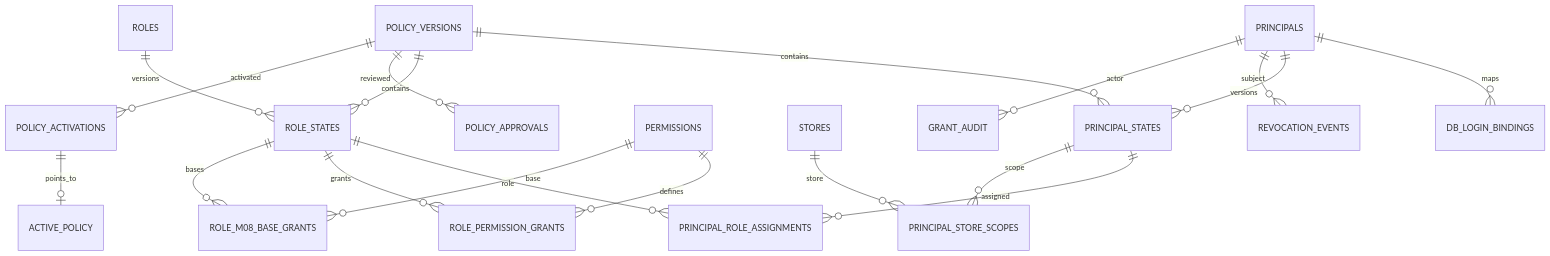
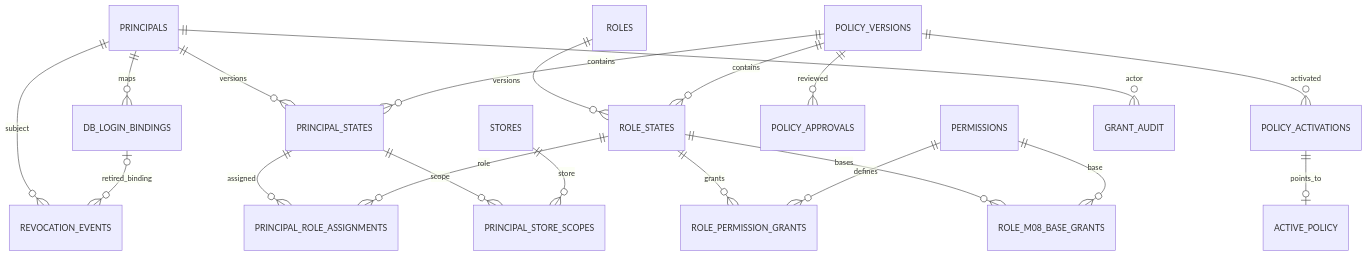
Before and after one commit to LCK0629/dify_quertPilot: the diagram in docs/phase-1/32_SECURITY_REGISTRY_DATA_MODEL_V1_1.md, drawn with Mermaid. The commit also changed other lines of this file, not shown here.

Commit message:
docs: revise registry binding retirement and targeted security contracts under SEL-04

````diff
--- a/docs/phase-1/32_SECURITY_REGISTRY_DATA_MODEL_V1_1.md
+++ b/docs/phase-1/32_SECURITY_REGISTRY_DATA_MODEL_V1_1.md
@@ -14,21 +16,22 @@
 ```mermaid
 erDiagram
  PRINCIPALS ||--o{ DB_LOGIN_BINDINGS : maps
  PRINCIPALS ||--o{ PRINCIPAL_STATES : versions
  ROLES ||--o{ ROLE_STATES : versions
  POLICY_VERSIONS ||--o{ PRINCIPAL_STATES : contains
  POLICY_VERSIONS ||--o{ ROLE_STATES : contains
  PRINCIPAL_STATES ||--o{ PRINCIPAL_ROLE_ASSIGNMENTS : assigned
  ROLE_STATES ||--o{ PRINCIPAL_ROLE_ASSIGNMENTS : role
  ROLE_STATES ||--o{ ROLE_PERMISSION_GRANTS : grants
  PERMISSIONS ||--o{ ROLE_PERMISSION_GRANTS : defines
  ROLE_STATES ||--o{ ROLE_M08_BASE_GRANTS : bases
  PERMISSIONS ||--o{ ROLE_M08_BASE_GRANTS : base
  PRINCIPAL_STATES ||--o{ PRINCIPAL_STORE_SCOPES : scope
  STORES ||--o{ PRINCIPAL_STORE_SCOPES : store
  POLICY_VERSIONS ||--o{ POLICY_APPROVALS : reviewed
  POLICY_VERSIONS ||--o{ POLICY_ACTIVATIONS : activated
  POLICY_ACTIVATIONS ||--o| ACTIVE_POLICY : points_to
  PRINCIPALS ||--o{ REVOCATION_EVENTS : subject
+ DB_LOGIN_BINDINGS o|--o{ REVOCATION_EVENTS : retired_binding
  PRINCIPALS ||--o{ GRANT_AUDIT : actor
 ```
````
